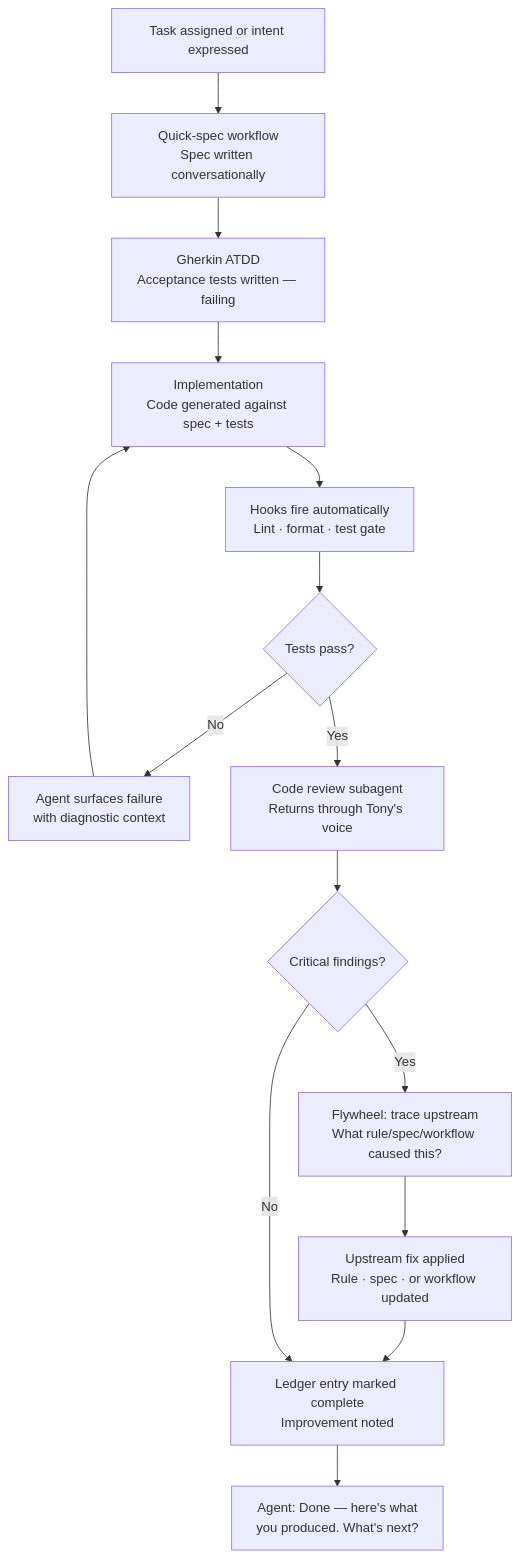
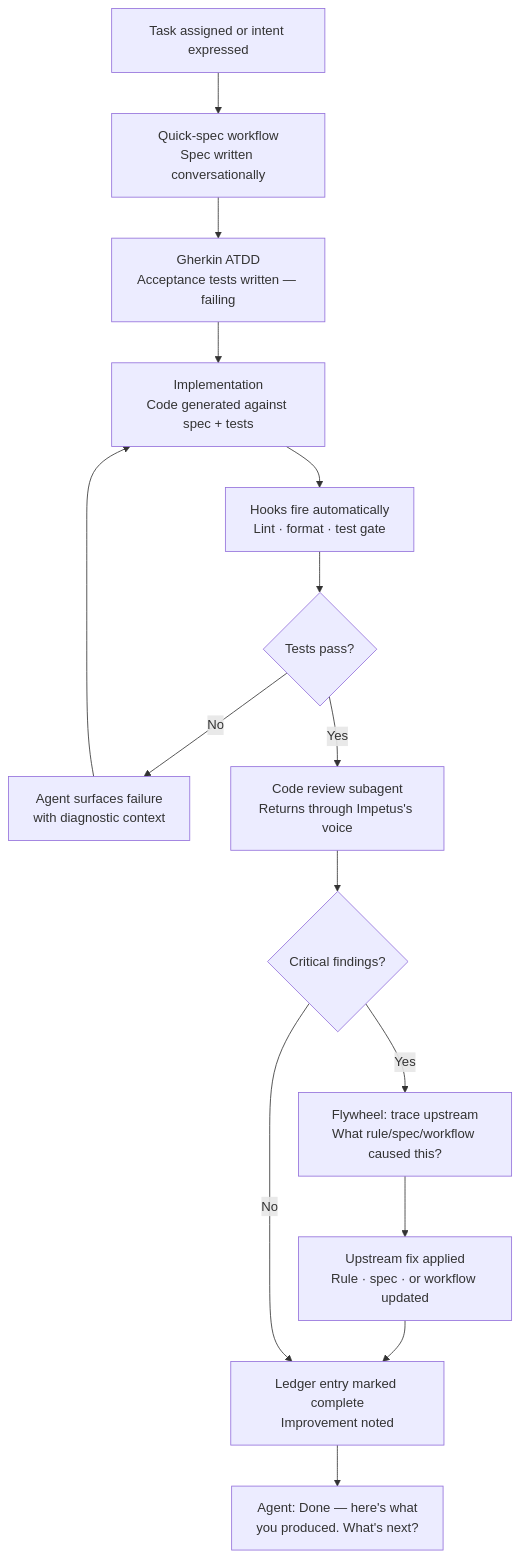
Before and after one commit to iamsteveholmes/momentum: the second of 3 diagrams in _bmad-output/planning-artifacts/ux-design-specification.md, drawn with Mermaid. The commit also changed other lines of this file and 1 other file, not shown here.

````diff
--- a/_bmad-output/planning-artifacts/ux-design-specification.md
+++ b/_bmad-output/planning-artifacts/ux-design-specification.md
@@ -524,17 +640,17 @@
 ```mermaid
 flowchart TD
     A[Task assigned or intent expressed] --> B[Quick-spec workflow\nSpec written conversationally]
     B --> C[Gherkin ATDD\nAcceptance tests written — failing]
     C --> D[Implementation\nCode generated against spec + tests]
     D --> E[Hooks fire automatically\nLint · format · test gate]
     E --> F{Tests pass?}
     F -->|No| G[Agent surfaces failure\nwith diagnostic context]
     G --> D
-    F -->|Yes| H[Code review subagent\nReturns through Tony's voice]
+    F -->|Yes| H[Code review subagent\nReturns through Impetus's voice]
     H --> I{Critical findings?}
     I -->|Yes| J[Flywheel: trace upstream\nWhat rule/spec/workflow caused this?]
     J --> K[Upstream fix applied\nRule · spec · or workflow updated]
     K --> L[Ledger entry marked complete\nImprovement noted]
     I -->|No| L
     L --> M[Agent: Done — here's what\nyou produced. What's next?]
 ```
````
